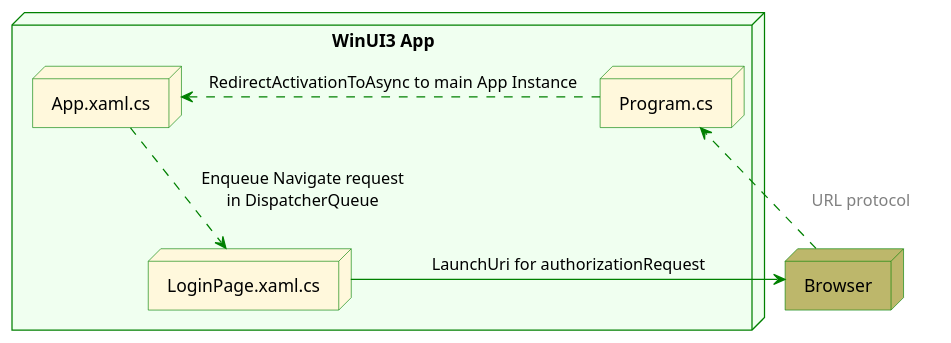
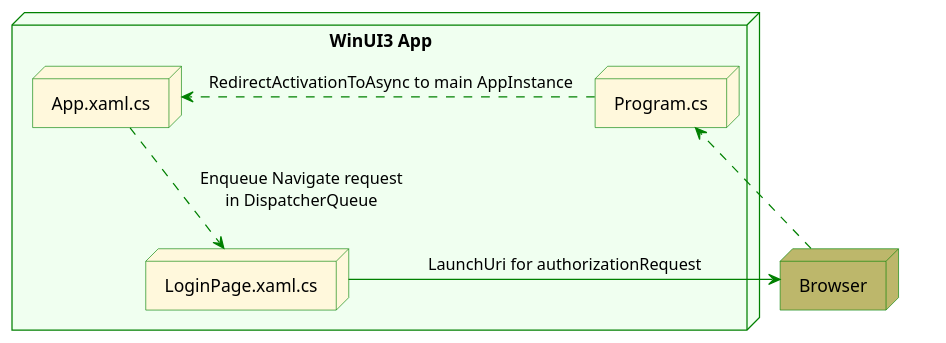
The diagram in plantuml/win.plantuml (qqap/log), drawn with PlantUML before and after one commit.

```diff
--- a/plantuml/win.plantuml
+++ b/plantuml/win.plantuml
@@ -1,26 +1,26 @@
 @startuml
 
 <style>
 componentDiagram {
   LineColor Green
 }
 </style>
 node Browser as b #darkkhaki
 
 
 
 node "WinUI3 App" #honeydew {
 node LoginPage.xaml.cs as lp #cornsilk
 
 node Program.cs as p #cornsilk
 node App.xaml.cs as a #cornsilk
 }
 
 
 lp -> b : <color:Black>LaunchUri for authorizationRequest<color:Black>
-b -[dashed]> p : <color:white> Invoked by declared \n<color:gray>URL protocol<color:white>
-p -[dashed]> a : <color:Black> RedirectActivationToAsync to main App Instance<color:Black>
+b -[dashed]> p : <color:white> Invoked by declared \n<color:white>URL protocol<color:white>
+p -[dashed]> a : <color:Black> RedirectActivationToAsync to main AppInstance<color:Black>
 a --[dashed]> lp : <color:Black> Enqueue Navigate request \n<color:Black>in DispatcherQueue<color:Black>
 
 
 @enduml
```
